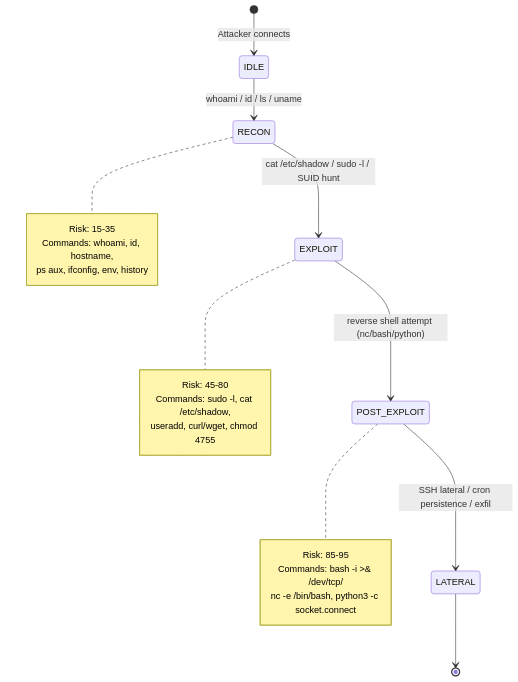
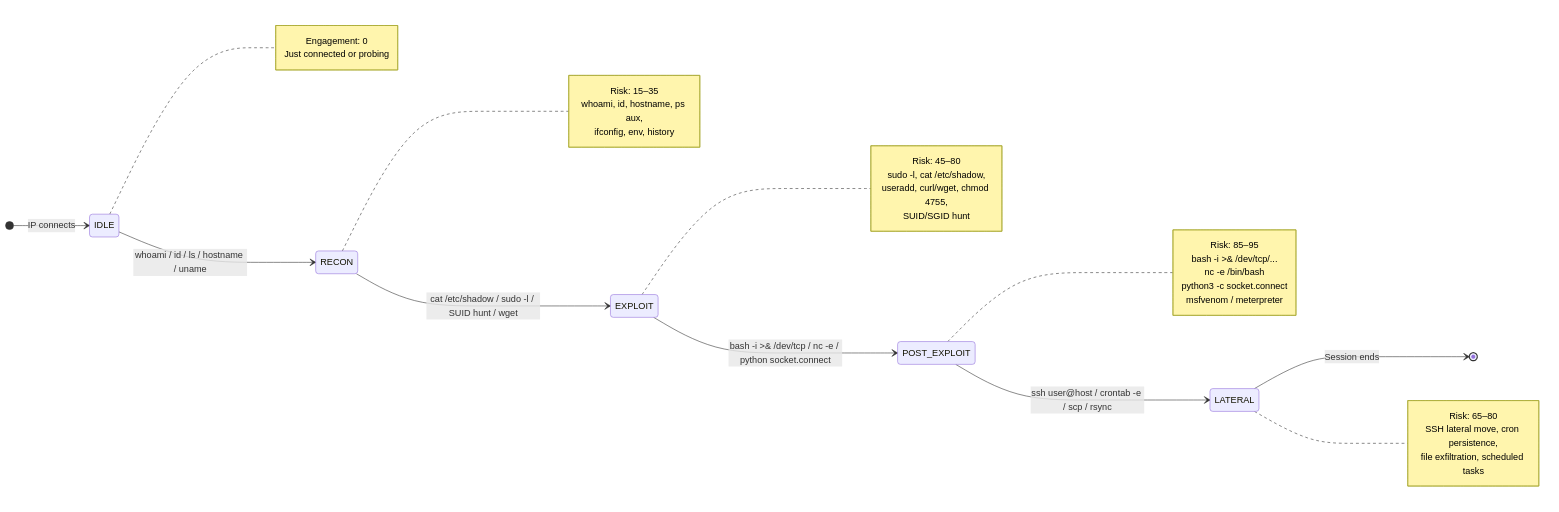
The fifth of 7 diagrams in README.md (Mark-Meka/Maze-Myth-Dynamic-Honeypot), drawn with Mermaid before and after one commit. The commit also changed other lines of this file and 2 other files, not shown here.

````diff
--- a/README.md
+++ b/README.md
@@ -123,27 +165,44 @@
 ```mermaid
 stateDiagram-v2
-    [*] --> IDLE : Attacker connects
-    IDLE --> RECON : whoami / id / ls / uname
-    RECON --> EXPLOIT : cat /etc/shadow / sudo -l / SUID hunt
-    EXPLOIT --> POST_EXPLOIT : reverse shell attempt (nc/bash/python)
-    POST_EXPLOIT --> LATERAL : SSH lateral / cron persistence / exfil
-    LATERAL --> [*]
+    direction LR
+    [*] --> IDLE : IP connects
+
+    IDLE --> RECON : whoami / id / ls / hostname / uname
+    RECON --> EXPLOIT : cat /etc/shadow / sudo -l / SUID hunt / wget
+    EXPLOIT --> POST_EXPLOIT : bash -i >& /dev/tcp / nc -e / python socket.connect
+    POST_EXPLOIT --> LATERAL : ssh user@host / crontab -e / scp / rsync
+
+    LATERAL --> [*] : Session ends
+
+    note right of IDLE
+        Engagement: 0
+        Just connected or probing
+    end note
 
     note right of RECON
-        Risk: 15-35
-        Commands: whoami, id, hostname,
-        ps aux, ifconfig, env, history
+        Risk: 15–35
+        whoami, id, hostname, ps aux,
+        ifconfig, env, history
     end note
 
     note right of EXPLOIT
-        Risk: 45-80
-        Commands: sudo -l, cat /etc/shadow,
-        useradd, curl/wget, chmod 4755
+        Risk: 45–80
+        sudo -l, cat /etc/shadow,
+        useradd, curl/wget, chmod 4755,
+        SUID/SGID hunt
     end note
 
     note right of POST_EXPLOIT
-        Risk: 85-95
-        Commands: bash -i >& /dev/tcp/
-        nc -e /bin/bash, python3 -c socket.connect
+        Risk: 85–95
+        bash -i >& /dev/tcp/...
+        nc -e /bin/bash
+        python3 -c socket.connect
+        msfvenom / meterpreter
+    end note
+
+    note right of LATERAL
+        Risk: 65–80
+        SSH lateral move, cron persistence,
+        file exfiltration, scheduled tasks
     end note
 ```
````
